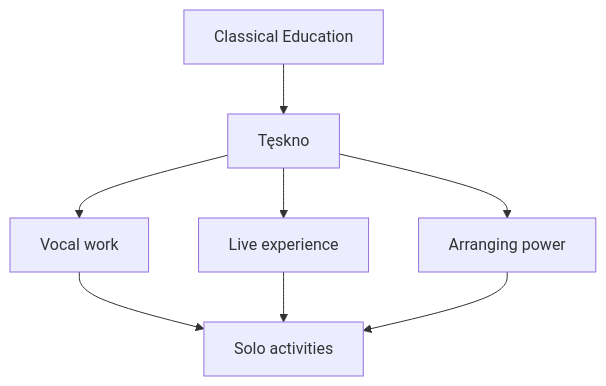
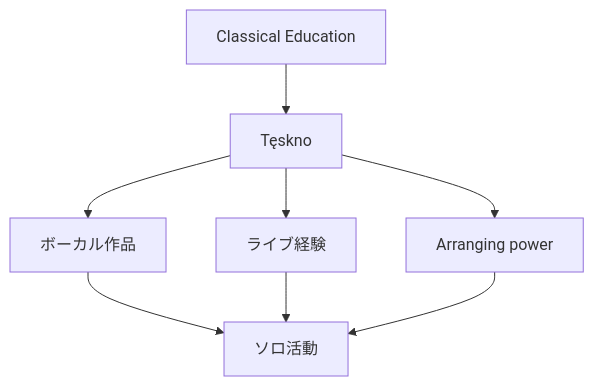
Before and after one commit to monumental-movement/monumental-movement.github.io: the third of 13 diagrams in en/_posts/2026-08-05-column-hania-rani.md, drawn with Mermaid. The commit also changed other lines of this file and 2196 other files, not shown here.

```diff
--- a/en/_posts/2026-08-05-column-hania-rani.md
+++ b/en/_posts/2026-08-05-column-hania-rani.md
@@ -443,16 +443,16 @@
 <div class="mermaid">
 graph TD
 
 A["Classical Education"]
 
 A --> B["Tęskno"]
 
-B --> C["Vocal work"]
-B --> D["Live experience"]
+B --> C["ボーカル作品"]
+B --> D["ライブ経験"]
 B --> E["Arranging power"]
 
-C --> F["Solo activities"]
+C --> F["ソロ活動"]
 D --> F
 E --> F
 
 </div>
```
